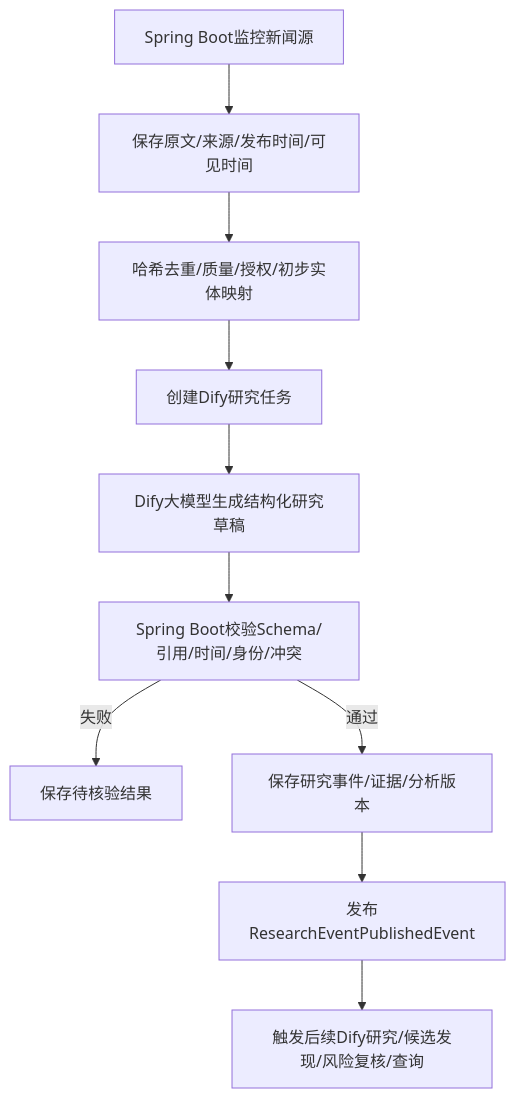
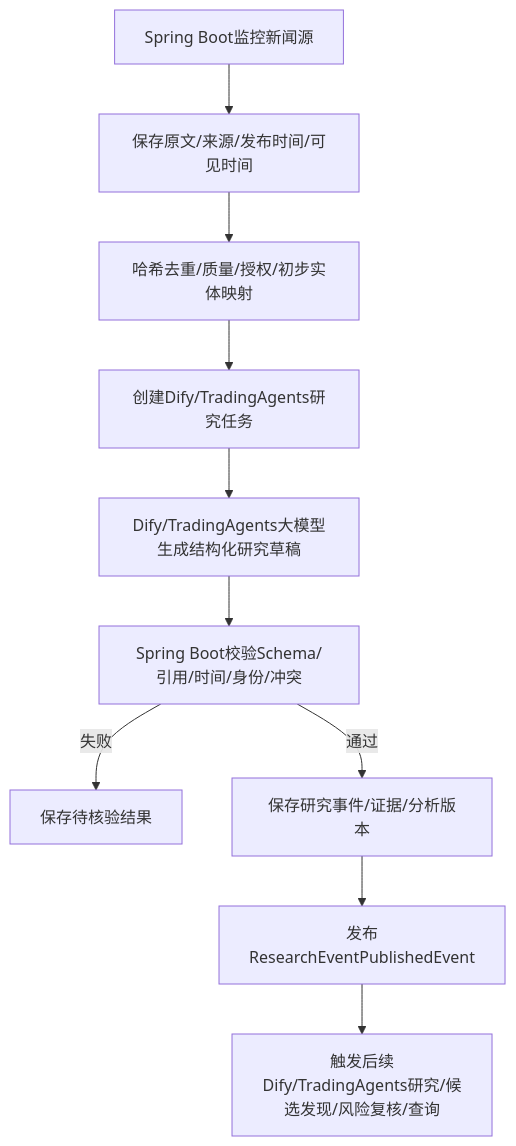
Before and after one commit to shaoqf2350/quant: the fifth of 13 diagrams in doc/详设文档/详设_0_整体流程文档.md, drawn with Mermaid. The commit also changed other lines of this file and 100 other files, not shown here.

````diff
--- a/doc/详设文档/详设_0_整体流程文档.md
+++ b/doc/详设文档/详设_0_整体流程文档.md
@@ -327,12 +343,12 @@
 ```mermaid
 flowchart TD
  A[Spring Boot监控新闻源]-->B[保存原文/来源/发布时间/可见时间]
  B-->C[哈希去重/质量/授权/初步实体映射]
- C-->D[创建Dify研究任务]
- D-->E[Dify大模型生成结构化研究草稿]
+ C-->D[创建Dify/TradingAgents研究任务]
+ D-->E[Dify/TradingAgents大模型生成结构化研究草稿]
  E-->F[Spring Boot校验Schema/引用/时间/身份/冲突]
  F-->|失败|G[保存待核验结果]
  F-->|通过|H[保存研究事件/证据/分析版本]
  H-->I[发布ResearchEventPublishedEvent]
- I-->J[触发后续Dify研究/候选发现/风险复核/查询]
+ I-->J[触发后续Dify/TradingAgents研究/候选发现/风险复核/查询]
 ```
````
